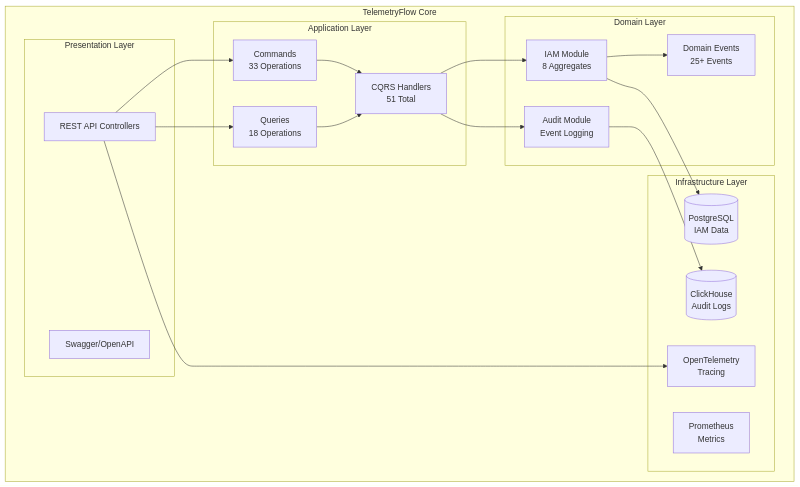
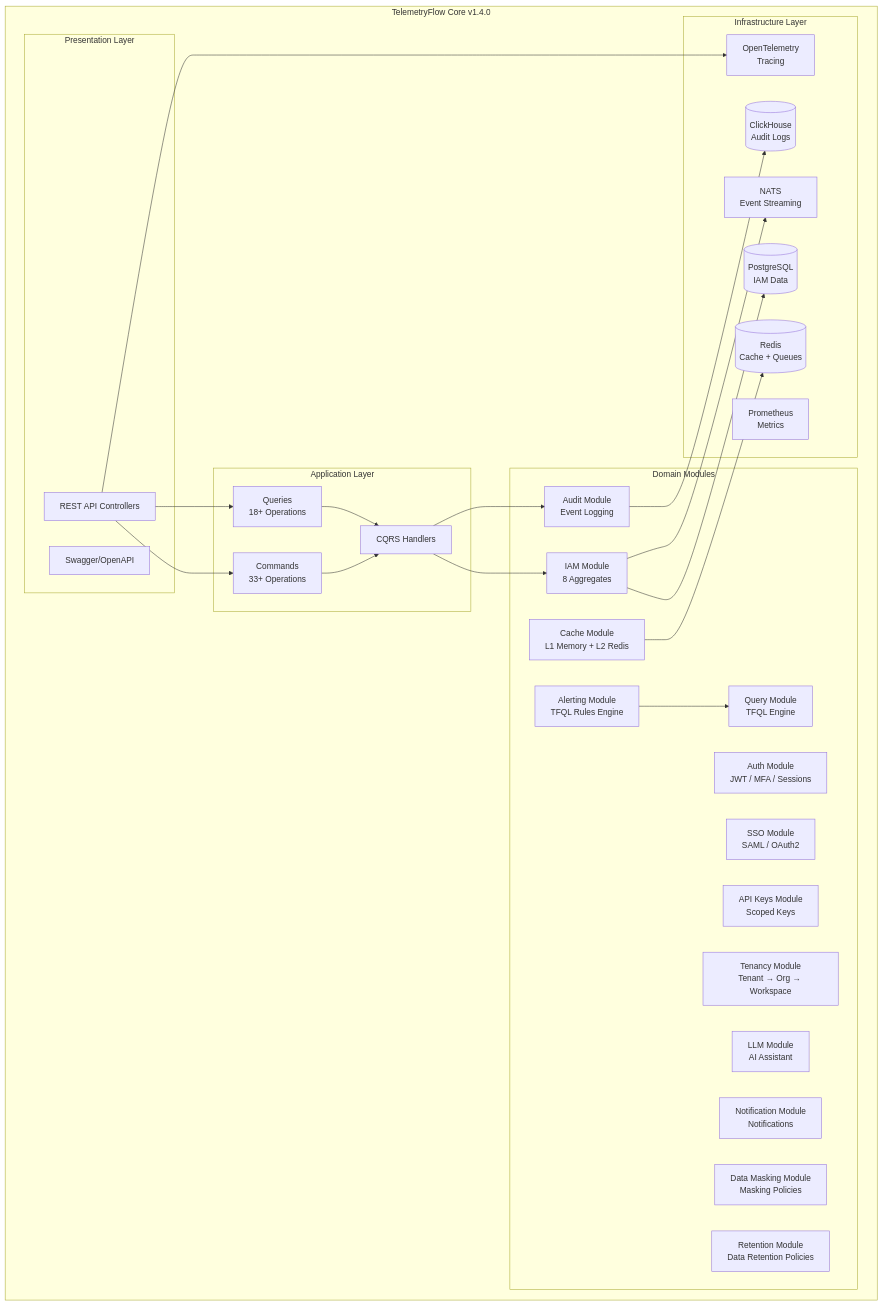
Before and after one commit to telemetryflow/telemetryflow-core: the first of 30 diagrams in docs/CORE_MODULES.md, drawn with Mermaid. The commit also changed other lines of this file and 2428 other files, not shown here.

````diff
--- a/docs/CORE_MODULES.md
+++ b/docs/CORE_MODULES.md
@@ -9,39 +29,53 @@
 ```mermaid
 graph TB
-    subgraph "TelemetryFlow Core"
+    subgraph "TelemetryFlow Core v1.4.0"
         subgraph "Presentation Layer"
             API[REST API Controllers]
             Swagger[Swagger/OpenAPI]
         end
 
         subgraph "Application Layer"
-            Commands[Commands<br/>33 Operations]
-            Queries[Queries<br/>18 Operations]
-            Handlers[CQRS Handlers<br/>51 Total]
+            Commands[Commands<br/>33+ Operations]
+            Queries[Queries<br/>18+ Operations]
+            Handlers[CQRS Handlers]
         end
 
-        subgraph "Domain Layer"
+        subgraph "Domain Modules"
             IAM[IAM Module<br/>8 Aggregates]
+            Auth[Auth Module<br/>JWT / MFA / Sessions]
+            SSO[SSO Module<br/>SAML / OAuth2]
+            APIKeys[API Keys Module<br/>Scoped Keys]
             Audit[Audit Module<br/>Event Logging]
-            Events[Domain Events<br/>25+ Events]
+            Tenancy[Tenancy Module<br/>Tenant → Org → Workspace]
+            Alerting[Alerting Module<br/>TFQL Rules Engine]
+            Query[Query Module<br/>TFQL Engine]
+            LLM[LLM Module<br/>AI Assistant]
+            Notification[Notification Module<br/>Notifications]
+            DataMasking[Data Masking Module<br/>Masking Policies]
+            Cache[Cache Module<br/>L1 Memory + L2 Redis]
+            Retention[Retention Module<br/>Data Retention Policies]
         end
 
         subgraph "Infrastructure Layer"
             PG[(PostgreSQL<br/>IAM Data)]
             CH[(ClickHouse<br/>Audit Logs)]
+            Redis[(Redis<br/>Cache + Queues)]
+            NATS[NATS<br/>Event Streaming]
             OTEL[OpenTelemetry<br/>Tracing]
             PROM[Prometheus<br/>Metrics]
         end
     end
 
     API --> Commands
     API --> Queries
     Commands --> Handlers
     Queries --> Handlers
     Handlers --> IAM
     Handlers --> Audit
-    IAM --> Events
     IAM --> PG
     Audit --> CH
+    Cache --> Redis
+    Alerting --> Query
+    IAM --> NATS
     API --> OTEL
 ```
````
